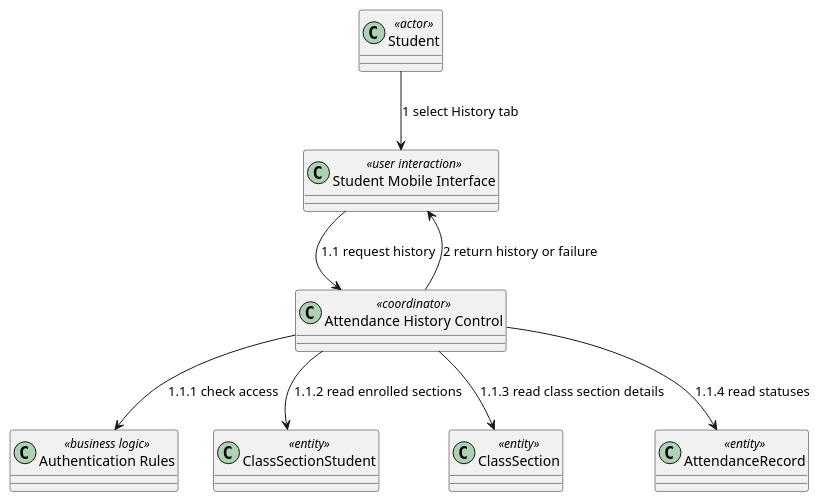
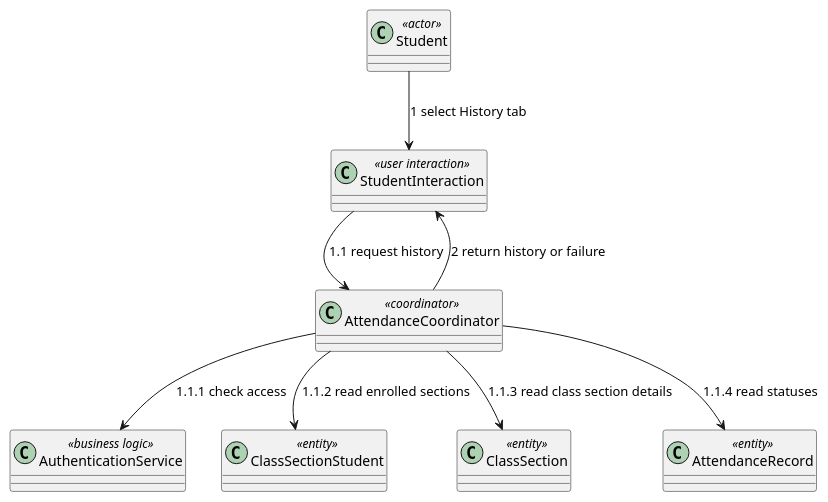
Before and after one commit to nttung42/SWD392: diagram 12 of 29 in docs/sds/2_Analysis.md, drawn with PlantUML. The commit also changed other lines of this file and 5 other files, not shown here.

````diff
--- a/docs/sds/2_Analysis.md
+++ b/docs/sds/2_Analysis.md
@@ -618,19 +608,19 @@
 ```plantuml
 @startuml
 class "Student" as Student <<actor>>
-class "Student Mobile Interface" as StudentUI <<user interaction>>
-class "Attendance History Control" as HistoryControl <<coordinator>>
-class "Authentication Rules" as AuthRules <<business logic>>
+class "StudentInteraction" as StudentUI <<user interaction>>
+class "AttendanceCoordinator" as HistoryControl <<coordinator>>
+class "AuthenticationService" as AuthRules <<business logic>>
 class "ClassSectionStudent" as ClassSectionStudent <<entity>>
 class "ClassSection" as ClassSection <<entity>>
 class "AttendanceRecord" as AttendanceRecord <<entity>>
 
 Student --> StudentUI : 1 select History tab
 StudentUI --> HistoryControl : 1.1 request history
 HistoryControl --> AuthRules : 1.1.1 check access
 HistoryControl --> ClassSectionStudent : 1.1.2 read enrolled sections
 HistoryControl --> ClassSection : 1.1.3 read class section details
 HistoryControl --> AttendanceRecord : 1.1.4 read statuses
 HistoryControl --> StudentUI : 2 return history or failure
 @enduml
 ```
````
